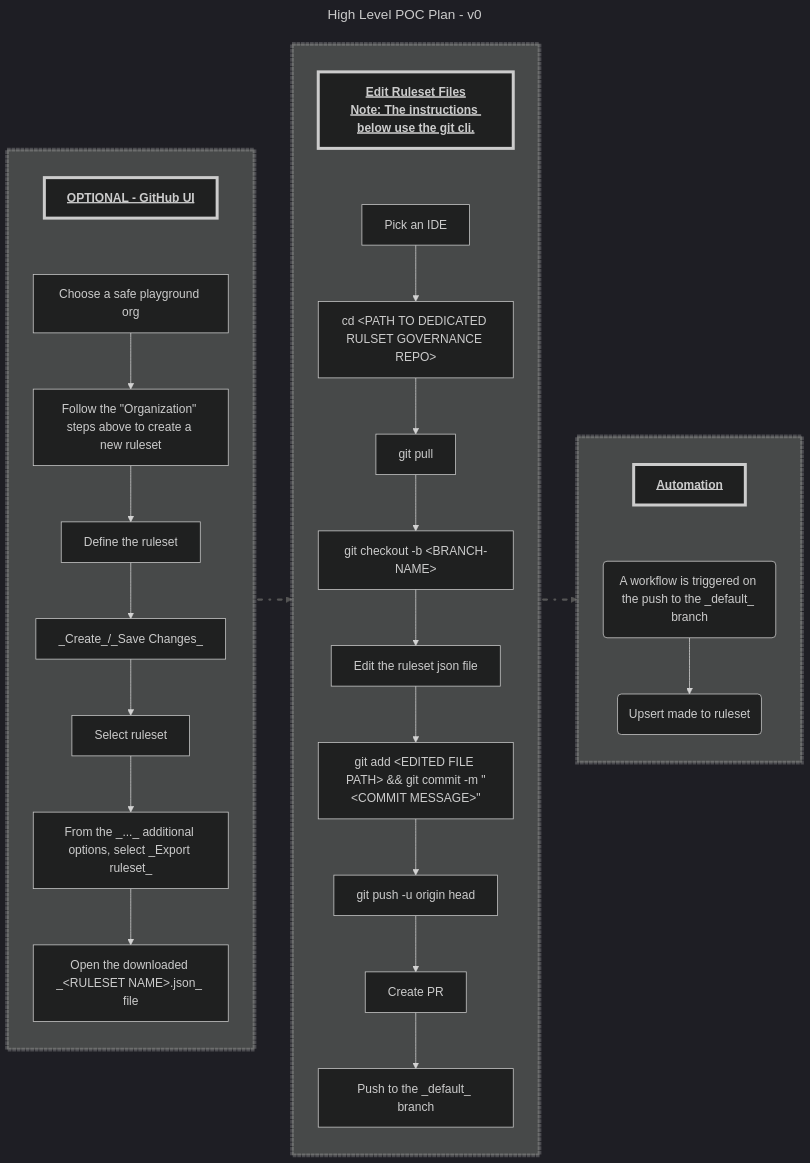
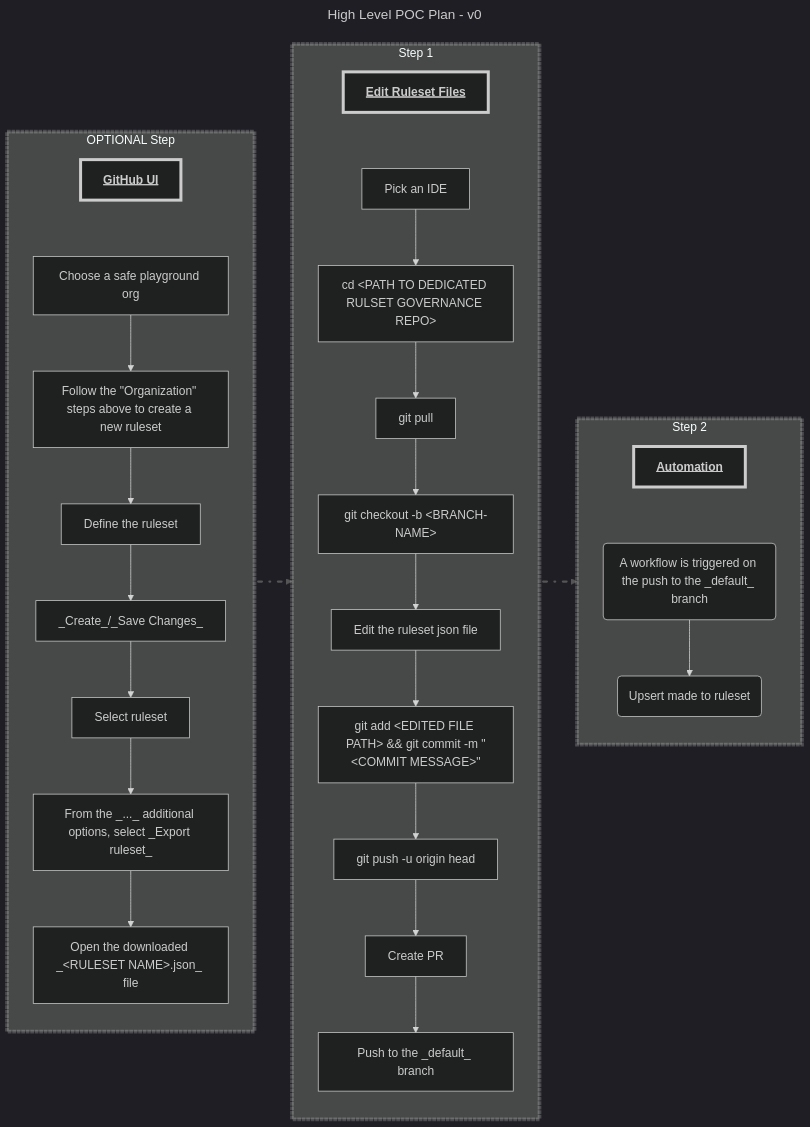
The diagram in .github/README.md (jwilliams-gh-sandbox/ruleset-governance), drawn with Mermaid before and after one commit.

Commit message:
more readme updates

````diff
--- a/.github/README.md
+++ b/.github/README.md
@@ -50,54 +50,54 @@
 ```mermaid
 ---
 title: High Level POC Plan - v0
 ---
 %%{init: {'theme':'dark'}}%%
 flowchart LR
-    subgraph optional_ui[ ]
+    subgraph optional_ui["OPTIONAL Step"]
         direction TB
-        title_optional_ui["OPTIONAL - GitHub UI"] ~~~ choose_playground["Choose a safe playground org"]
+        title_optional_ui["GitHub UI"] ~~~ choose_playground["Choose a safe playground org"]
         choose_playground --> follow_steps["Follow the #quot;Organization#quot; steps above to create a new ruleset"]
         follow_steps --> define_props["Define the ruleset"]
         define_props --> create["_Create_/_Save Changes_"]
         create --> select_ruleset["Select ruleset"]
         select_ruleset --> export["From the _..._ additional options, select _Export ruleset_"]
         export --> download["Open the downloaded _&lt;RULESET NAME&gt;.json_ file"]
     end
 
-    subgraph edit_rulesets[ ]
+    subgraph edit_rulesets["Step 1"]
         direction TB
-        title_edit_rulesets["Edit Ruleset Files<br />Note: The instructions below use the git cli."] ~~~ pick_ide["Pick an IDE"]
+        title_edit_rulesets["Edit Ruleset Files"] ~~~ pick_ide["Pick an IDE"]
         pick_ide --> cd_repo["`cd &lt;PATH TO DEDICATED RULSET GOVERNANCE REPO&gt;`"]
         cd_repo --> git_pull["`git pull`"]
         git_pull --> git_checkout["`git checkout -b &lt;BRANCH-NAME&gt;`"]
         git_checkout --> edit_file["Edit the ruleset json file"]
         edit_file --> gcam["`git add &lt;EDITED FILE PATH&gt; && git commit -m #quot;&lt;COMMIT MESSAGE&gt;#quot;`"]
         gcam --> git_push["`git push -u origin head`"]
         git_push --> create_pr["Create PR"]
         create_pr --> push_default["Push to the _default_ branch"]
     end
 
     optional_ui optional_ui_to_edit_rulesets@--> edit_rulesets
 
-    subgraph automation[ ]
+    subgraph automation["Step 2"]
         direction TB
         title_automation["Automation"] ~~~ workflow_trigger("A workflow is triggered on the push to the _default_ branch")
         workflow_trigger --> workflow_diff_discovery("Upsert made to ruleset")
     end
 
     edit_rulesets edit_rulesets_to_automation@--> automation
 
     %% arrow styles
     classDef animate_arrow stroke: #555, stroke-linecap:round, stroke-dasharray: 1 10 5 10, stroke-dashoffset: 500px, stroke-width:3px, animation: dash 50s linear infinite;
     class optional_ui_to_edit_rulesets,edit_rulesets_to_automation animate_arrow
 
     %% title styles
     classDef title stroke-width:4px, text-decoration: underline, font-weight:bold;
     class title_optional_ui,title_edit_rulesets,title_automation title
 
     %% subgraph styles
     classDef _subgraph stroke-width:5px, stroke-dasharray: 5 1, stoke-linecap: round, stroke-opacity: 80%;
     class optional_ui,edit_rulesets,automation _subgraph
 
 
 ```
````
